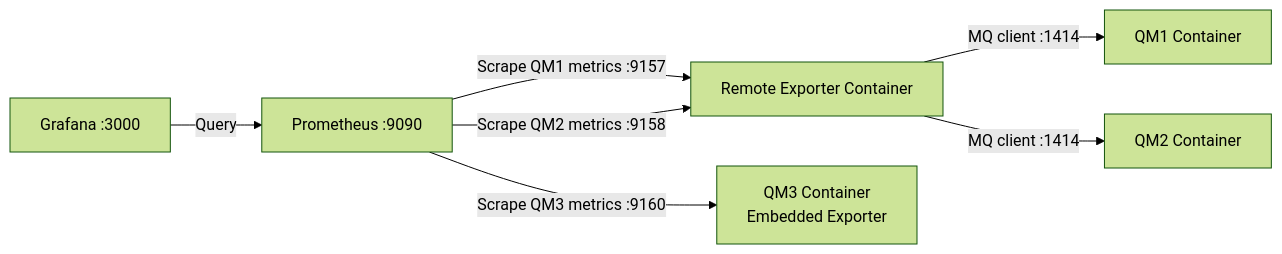
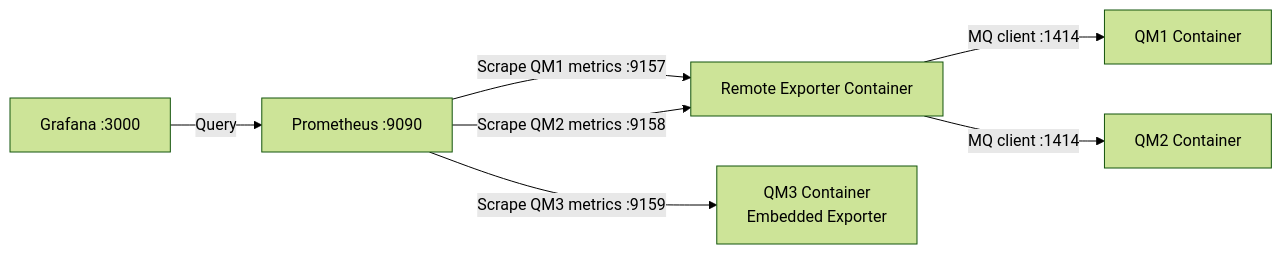
Before and after one commit to aztekmq/ibmmq_metrics_exporter: the diagram in README.md, drawn with Mermaid (forest theme). The commit also changed other lines of this file and 28 other files, not shown here.

````diff
--- a/README.md
+++ b/README.md
@@ -38,18 +38,18 @@
 ```mermaid
 flowchart LR
     G["Grafana :3000"]
     P["Prometheus :9090"]
     E["Remote Exporter Container"]
     Q1["QM1 Container"]
     Q2["QM2 Container"]
     Q3["QM3 Container<br/>Embedded Exporter"]
 
     G -->|"Query"| P
 
     P -->|"Scrape QM1 metrics :9157"| E
     P -->|"Scrape QM2 metrics :9158"| E
-    P -->|"Scrape QM3 metrics :9160"| Q3
+    P -->|"Scrape QM3 metrics :9159"| Q3
 
     E -->|"MQ client :1414"| Q1
     E -->|"MQ client :1414"| Q2
 ```
````
